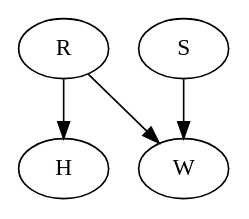
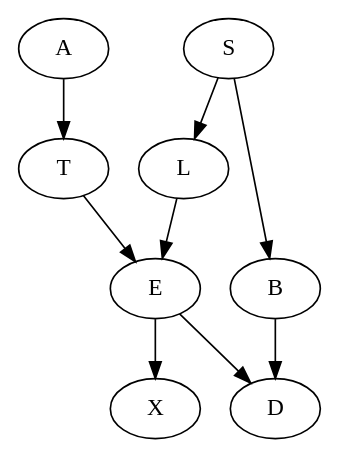
The diagram in projectPDS/output_graph.dot (AmedeoSarpa/Bayesian_Network_Inference_Engine), drawn with Graphviz before and after one commit. The commit also changed 9 other files, not shown here.

```diff
--- a/projectPDS/output_graph.dot
+++ b/projectPDS/output_graph.dot
@@ -1,9 +1,18 @@
 digraph G {
-0[label=R];
+0[label=A];
 1[label=S];
-2[label=H];
-3[label=W];
-0->3 ;
+2[label=T];
+3[label=L];
+4[label=E];
+5[label=B];
+6[label=X];
+7[label=D];
 0->2 ;
 1->3 ;
+1->5 ;
+2->4 ;
+3->4 ;
+4->7 ;
+4->6 ;
+5->7 ;
 }
```
